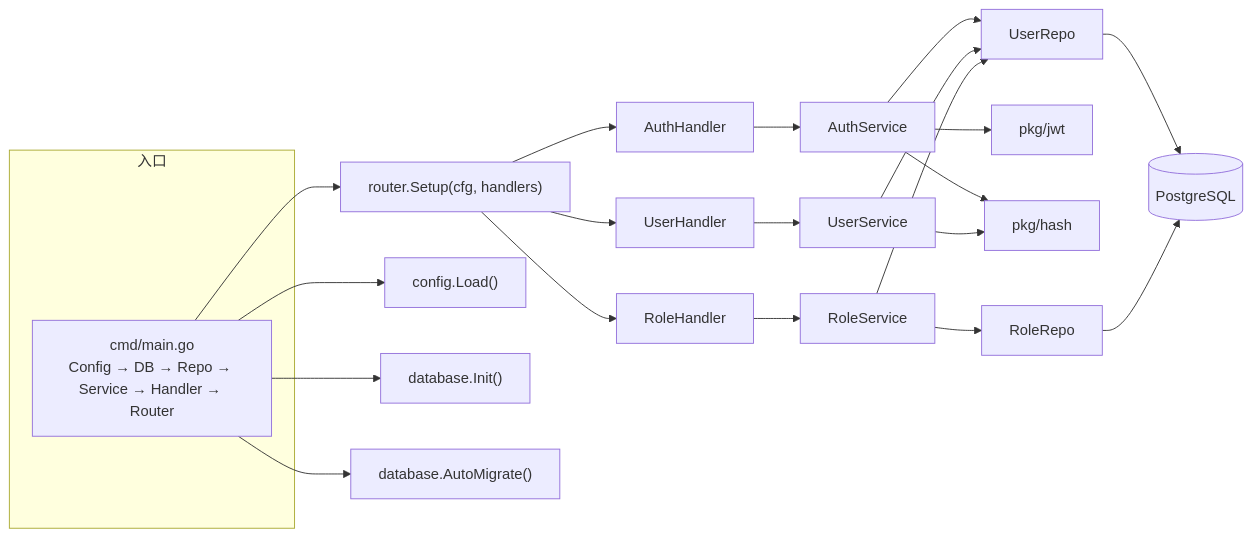
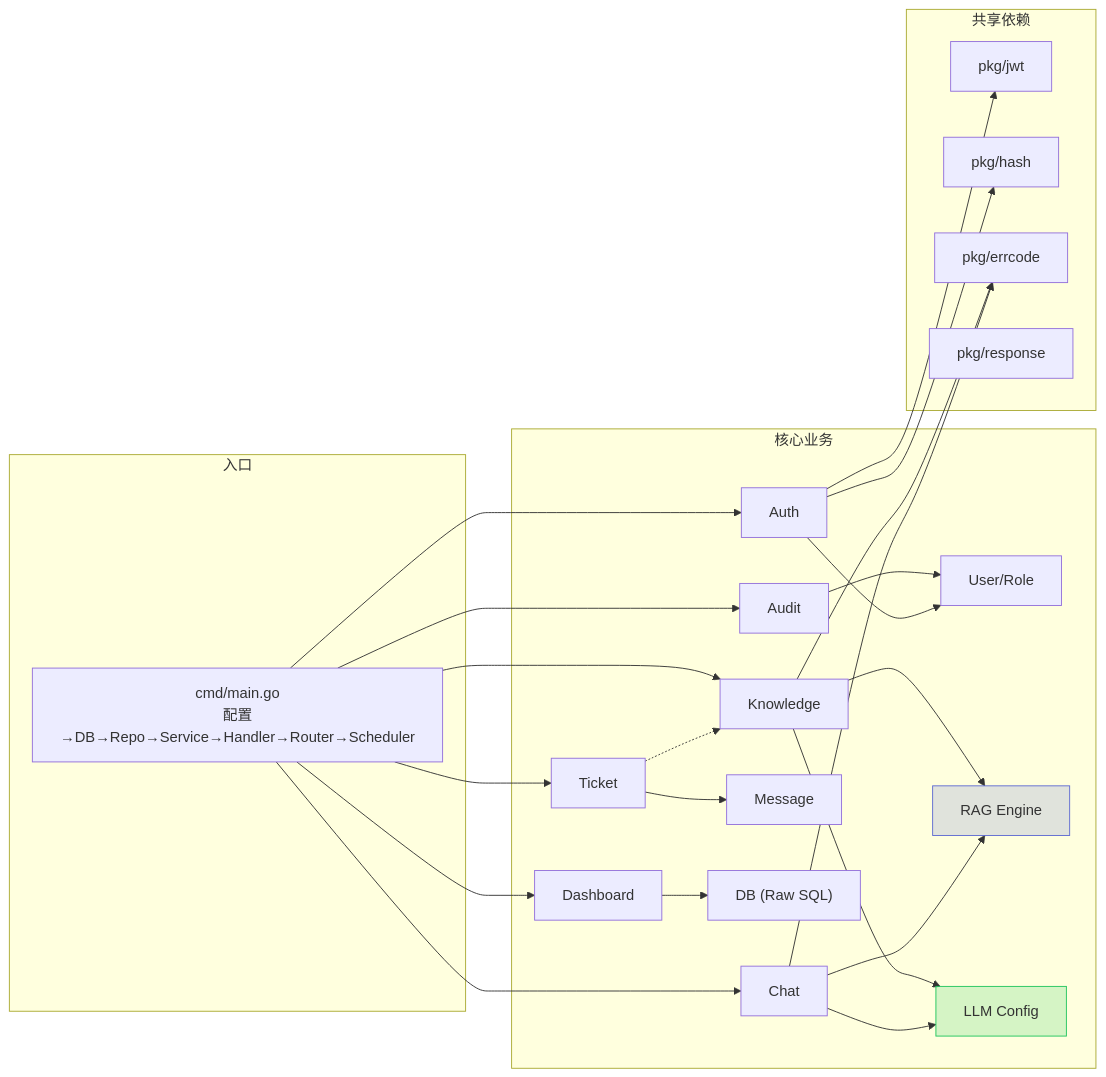
Before and after one commit to hua-2005/OpsMind: the third of 3 diagrams in docs/diagrams/architecture.md, drawn with Mermaid. The commit also changed other lines of this file and 5 other files, not shown here.

First line of the commit message:
docs: 重写业务流程图 — RAG管道/知识生命周期/文档上传/LLM配置

````diff
--- a/docs/diagrams/architecture.md
+++ b/docs/diagrams/architecture.md
@@ -112,32 +139,39 @@
 ```mermaid
 flowchart LR
-    subgraph Entry["入口"]
-        Main["cmd/main.go<br/>Config → DB → Repo → Service → Handler → Router"]
+    subgraph 入口
+        MAIN["cmd/main.go<br/>配置→DB→Repo→Service→Handler→Router→Scheduler"]
     end
 
-    Main --> Router["router.Setup(cfg, handlers)"]
+    subgraph 核心业务
+        AUTH["Auth"] --> USER["User/Role"]
+        CHAT["Chat"] --> RAG_ENGINE["RAG Engine"]
+        CHAT --> LLM_CFG["LLM Config"]
+        KNOWLEDGE["Knowledge"] --> RAG_ENGINE
+        KNOWLEDGE --> LLM_CFG
+        TICKET["Ticket"] --> MESSAGE["Message"]
+        TICKET -.-> KNOWLEDGE
+        DASHBOARD["Dashboard"] --> DB_DIRECT["DB (Raw SQL)"]
+        AUDIT["Audit"] --> USER
+    end
 
-    Router --> AH2["AuthHandler"]
-    Router --> UH2["UserHandler"]
-    Router --> RH2["RoleHandler"]
+    subgraph 共享依赖
+        JWT_LIB["pkg/jwt"]
+        HASH_LIB["pkg/hash"]
+        ERRCODE["pkg/errcode"]
+        RESPONSE["pkg/response"]
+    end
 
-    AH2 --> AS2["AuthService"]
-    AS2 --> URepo2["UserRepo"]
-    AS2 --> JWT2["pkg/jwt"]
-    AS2 --> Hash2["pkg/hash"]
+    MAIN --> AUTH
+    MAIN --> CHAT
+    MAIN --> KNOWLEDGE
+    MAIN --> TICKET
+    MAIN --> DASHBOARD
+    MAIN --> AUDIT
+    AUTH --> JWT_LIB
+    AUTH --> HASH_LIB
+    CHAT --> ERRCODE
+    KNOWLEDGE --> ERRCODE
 
-    UH2 --> US2["UserService"]
-    US2 --> URepo2
-    US2 --> Hash2
-
-    RH2 --> RS2["RoleService"]
-    RS2 --> RRepo2["RoleRepo"]
-    RS2 --> URepo2
-
-    URepo2 --> DB2[("PostgreSQL")]
-    RRepo2 --> DB2
-
-    Main --> Config["config.Load()"]
-    Main --> DB["database.Init()"]
-    Main --> Migrate["database.AutoMigrate()"]
+    style RAG_ENGINE fill:#5e6ad230,stroke:#5e6ad2
+    style LLM_CFG fill:#22c55e30,stroke:#22c55e
 ```
````
